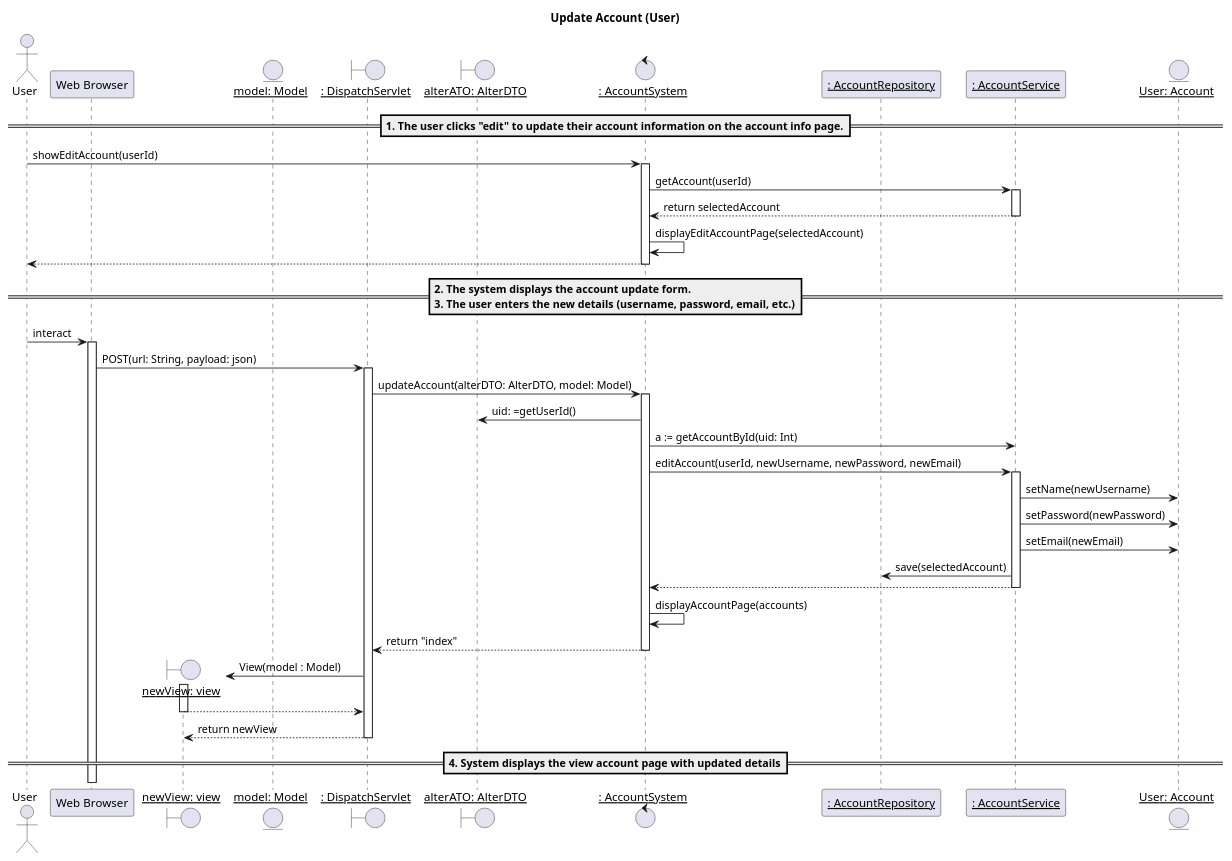
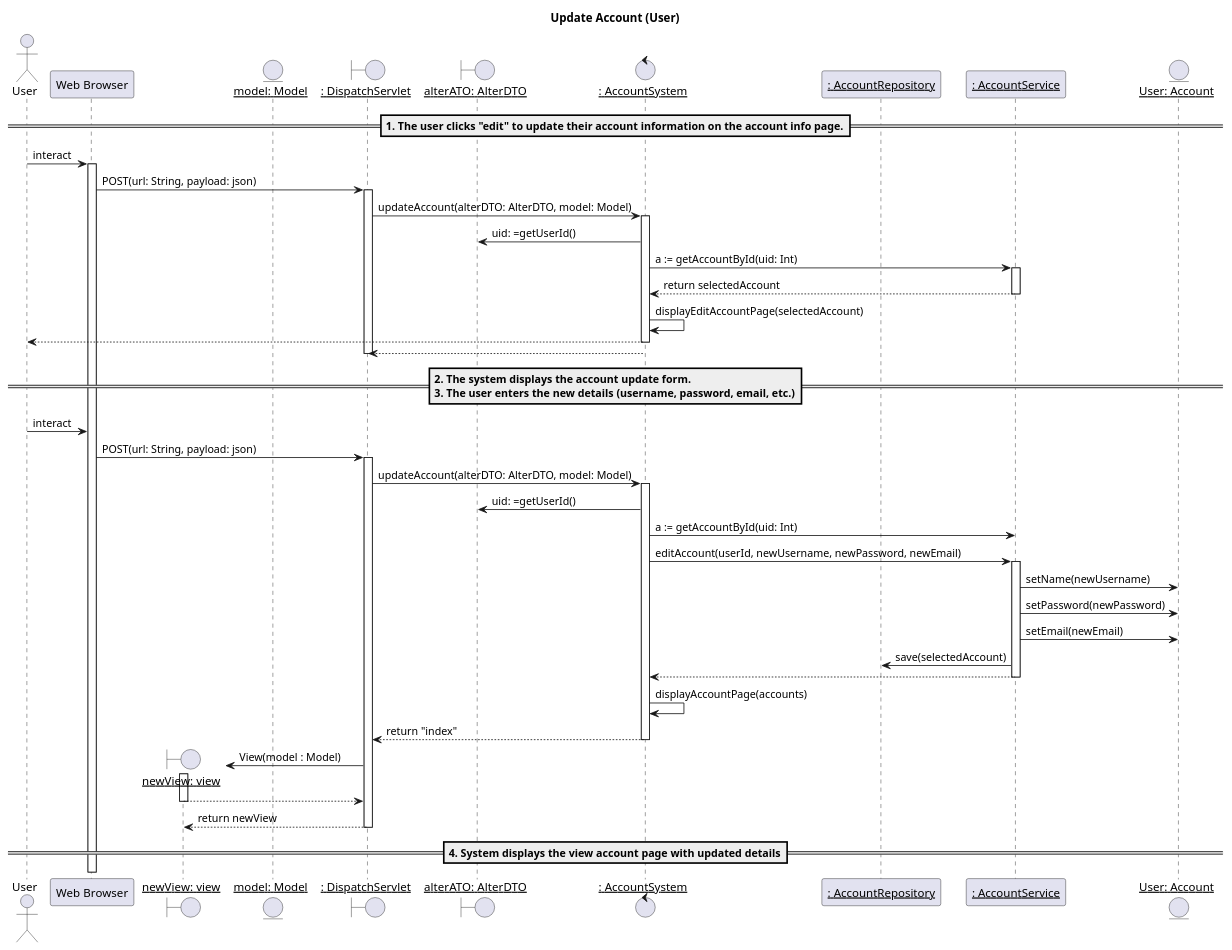
The diagram in 03-design/usecases/docs/Update.puml (mrle0429/Event-Management-System), drawn with PlantUML before and after one commit. The commit also changed 4 other files, not shown here.

```diff
--- a/03-design/usecases/docs/Update.puml
+++ b/03-design/usecases/docs/Update.puml
@@ -1,64 +1,72 @@
 @startuml
 title: Update Account (User)
 
 actor "User" as u
 participant "Web Browser" as w
 boundary "__newView: view__" as v
 entity "__model: Model__" as m
 boundary "__: DispatchServlet__" as ds
 boundary "__alterATO: AlterDTO__" as dto
 control "__: AccountSystem__" as c
 participant "__: AccountRepository__" as ar
 participant "__: AccountService__" as s
 entity "__User: Account__" as a
 
 
 
 ==1. The user clicks "edit" to update their account information on the account info page.==
-u -> c : showEditAccount(userId)
+u -> w : interact
+activate w
+w -> ds : POST(url: String, payload: json)
+activate ds
+ds -> c : updateAccount(alterDTO: AlterDTO, model: Model)
 activate c
-c -> s : getAccount(userId)
+
+c -> dto : uid: =getUserId()
+c -> s : a := getAccountById(uid: Int)
 activate s
 
 s --> c : return selectedAccount
 deactivate s
 c -> c  : displayEditAccountPage(selectedAccount)
 c --> u
 deactivate c
+c --> ds :
+deactivate ds
 
 ==2. The system displays the account update form. \n3. The user enters the new details (username, password, email, etc.)==
 u -> w : interact
-activate w
+
 w -> ds : POST(url: String, payload: json)
 activate ds
 ds -> c : updateAccount(alterDTO: AlterDTO, model: Model)
 activate c
 
 c -> dto : uid: =getUserId()
 c -> s : a := getAccountById(uid: Int)
 
 c -> s : editAccount(userId, newUsername, newPassword, newEmail)
 activate s
 
 s -> a : setName(newUsername)
 s -> a : setPassword(newPassword)
 s -> a : setEmail(newEmail)
 
 s -> ar : save(selectedAccount)
 s --> c :
 deactivate s
 c -> c  : displayAccountPage(accounts)
 
 c --> ds : return "index"
 deactivate c
 
 create v
 ds -> v : View(model : Model)
 activate v
 v --> ds
 deactivate v
 ds --> v : return newView
 deactivate ds
 
 ==4. System displays the view account page with updated details==
 @enduml
```
